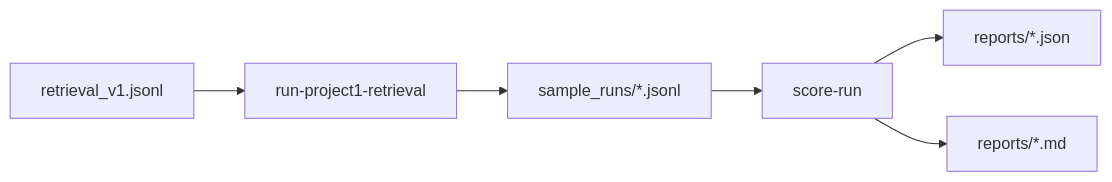
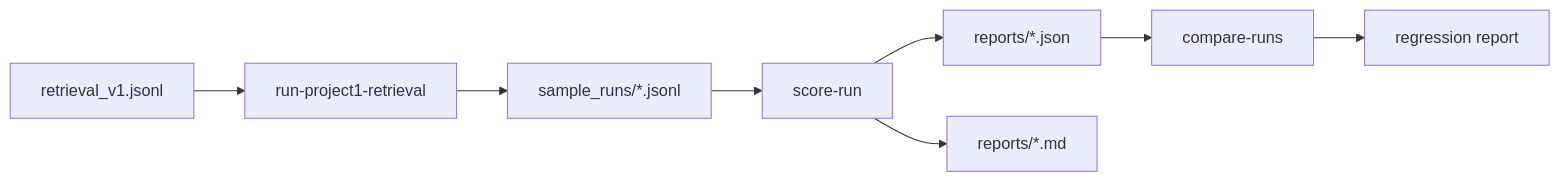
One commit to irenechenn/financial-rag-eval-suite changed the third of 3 diagrams in README.md. Above: the diagram before and after it, drawn with Mermaid. The commit also changed other lines of this file and 5 other files, not shown here.

````diff
--- a/README.md
+++ b/README.md
@@ -121,8 +123,10 @@
 ```mermaid
 flowchart LR
     A["retrieval_v1.jsonl"] --> B["run-project1-retrieval"]
     B --> C["sample_runs/*.jsonl"]
     C --> D["score-run"]
     D --> E["reports/*.json"]
     D --> F["reports/*.md"]
+    E --> G["compare-runs"]
+    G --> H["regression report"]
 ```
````
